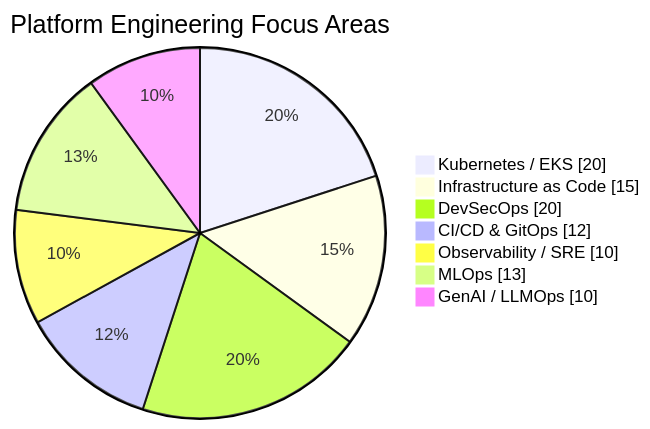
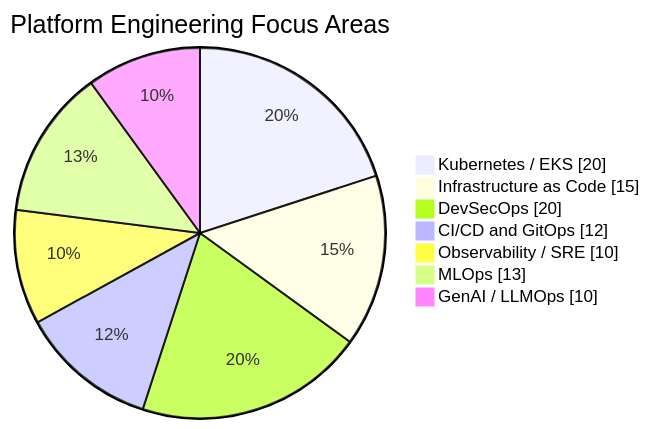
Before and after one commit to muntaha747/FinTech-Enterprise-Project: diagram 14 of 17 in README.md, drawn with Mermaid. The commit also changed other lines of this file, not shown here.

Commit message:
Remove Terraform/Karpenter files; expand README with 14 microservices and richer diagrams

````diff
--- a/README.md
+++ b/README.md
@@ -223,10 +603,10 @@
 ```mermaid
 pie showData title Platform Engineering Focus Areas
     "Kubernetes / EKS" : 20
     "Infrastructure as Code" : 15
     "DevSecOps" : 20
-    "CI/CD & GitOps" : 12
+    "CI/CD and GitOps" : 12
     "Observability / SRE" : 10
     "MLOps" : 13
     "GenAI / LLMOps" : 10
 ```
````
